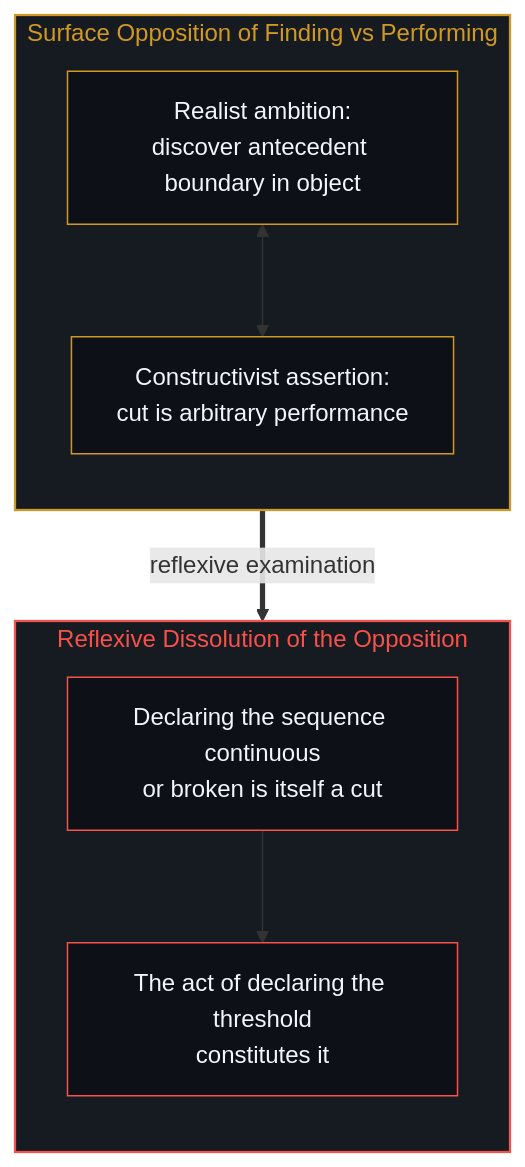
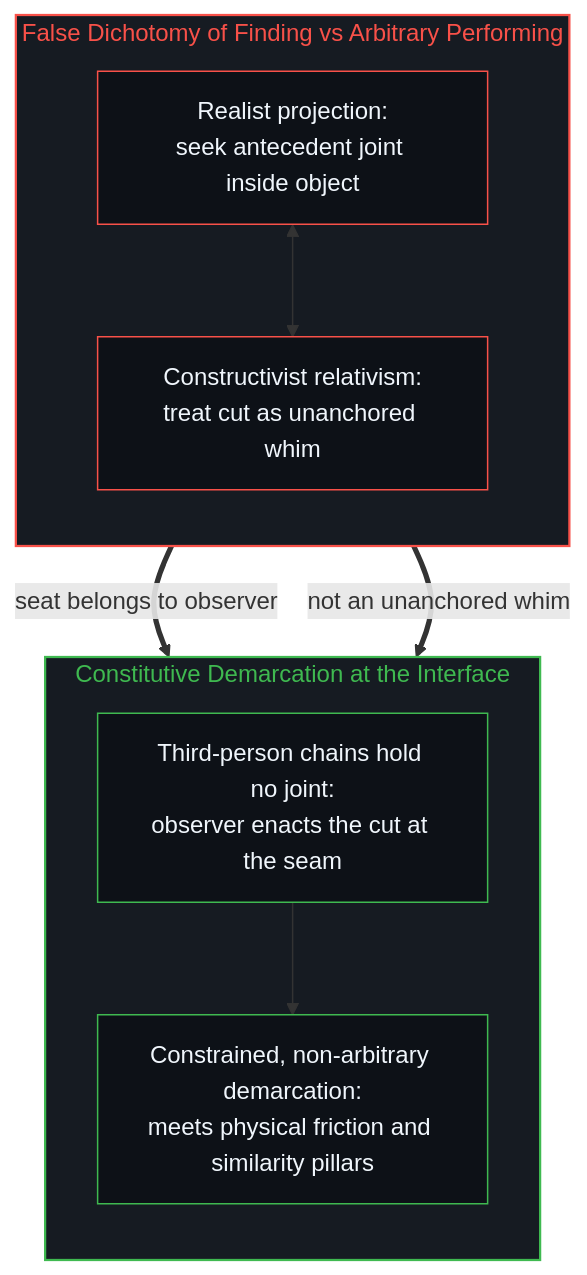
The sixth of 8 diagrams in content/posts/consciousness-ascription-and-the-quantum-cut.md (powerpig99/not-a-toe), drawn with Mermaid before and after one commit. The commit also changed other lines of this file and 5 other files, not shown here.

````diff
--- a/content/posts/consciousness-ascription-and-the-quantum-cut.md
+++ b/content/posts/consciousness-ascription-and-the-quantum-cut.md
@@ -180,22 +181,23 @@
 ```mermaid
 flowchart TD
-    subgraph S_DICHOTOMY_EN ["Surface Opposition of Finding vs Performing"]
+    subgraph S_DICHOTOMY_EN ["False Dichotomy of Finding vs Arbitrary Performing"]
         direction TB
-        style S_DICHOTOMY_EN fill:#161b22,stroke:#d29922,stroke-width:1.5px,color:#d29922
-        D_Find["Realist ambition:<br/>discover antecedent boundary in object"]
-        D_Perform["Constructivist assertion:<br/>cut is arbitrary performance"]
+        style S_DICHOTOMY_EN fill:#161b22,stroke:#f85149,stroke-width:1.5px,color:#f85149
+        D_Find["Realist projection:<br/>seek antecedent joint inside object"]
+        D_Perform["Constructivist relativism:<br/>treat cut as unanchored whim"]
         D_Find <--> D_Perform
-        style D_Find fill:#0d1117,stroke:#d29922,stroke-width:1px,color:#f0f6fc
-        style D_Perform fill:#0d1117,stroke:#d29922,stroke-width:1px,color:#f0f6fc
+        style D_Find fill:#0d1117,stroke:#f85149,stroke-width:1px,color:#f0f6fc
+        style D_Perform fill:#0d1117,stroke:#f85149,stroke-width:1px,color:#f0f6fc
     end
-    subgraph S_ENACT_EN ["Reflexive Dissolution of the Opposition"]
+    subgraph S_ENACT_EN ["Constitutive Demarcation at the Interface"]
         direction TB
-        style S_ENACT_EN fill:#161b22,stroke:#f85149,stroke-width:1.5px,color:#f85149
-        E_Loop["Declaring the sequence continuous<br/>or broken is itself a cut"]
-        E_Threshold["The act of declaring the threshold<br/>constitutes it"]
+        style S_ENACT_EN fill:#161b22,stroke:#3fb950,stroke-width:1.5px,color:#3fb950
+        E_Loop["Third-person chains hold no joint:<br/>observer enacts the cut at the seam"]
+        E_Threshold["Constrained, non-arbitrary demarcation:<br/>meets physical friction and similarity pillars"]
         E_Loop --> E_Threshold
-        style E_Loop fill:#0d1117,stroke:#f85149,stroke-width:1px,color:#f0f6fc
-        style E_Threshold fill:#0d1117,stroke:#f85149,stroke-width:1px,color:#f0f6fc
+        style E_Loop fill:#0d1117,stroke:#3fb950,stroke-width:1px,color:#f0f6fc
+        style E_Threshold fill:#0d1117,stroke:#3fb950,stroke-width:1px,color:#f0f6fc
     end
-    D_Find ==>|"reflexive examination"| E_Loop
+    D_Find ==>|"seat belongs to observer"| E_Loop
+    D_Perform ==>|"not an unanchored whim"| E_Loop
 ```
````
